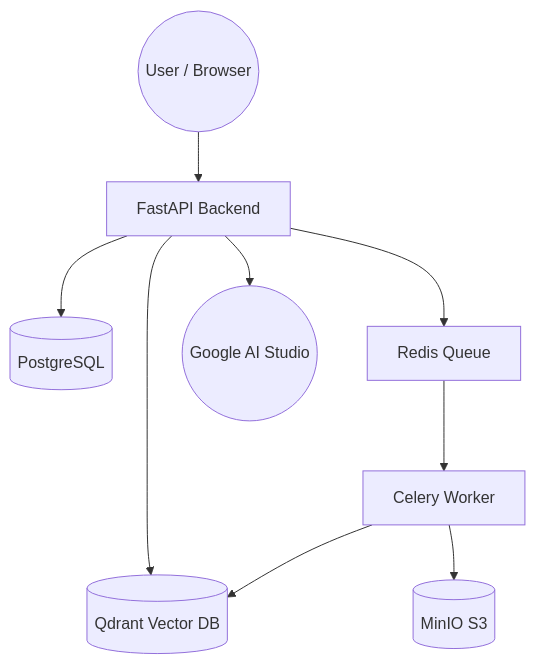
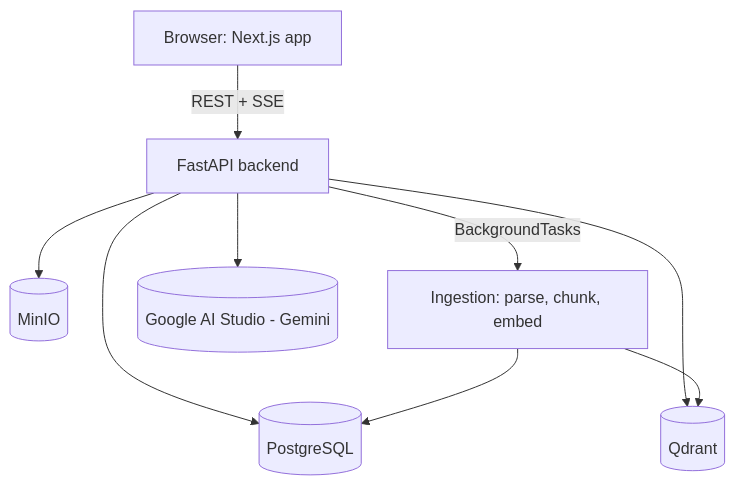
The diagram in README.md (marwantosolve/Handelny), drawn with Mermaid before and after one commit. The commit also changed other lines of this file and 2 other files, not shown here.

````diff
--- a/README.md
+++ b/README.md
@@ -44,14 +53,11 @@
 ```mermaid
 graph TD
-    User((User / Browser)) --> API[FastAPI Backend]
-    
-    API --> RDS[(PostgreSQL)]
-    API --> Qdrant[(Qdrant Vector DB)]
-    API --> CeleryQ[Redis Queue]
-    
-    CeleryQ --> Worker[Celery Worker]
-    Worker --> MinIO[(MinIO S3)]
-    Worker --> Qdrant
-    
-    API --> LLM((Google AI Studio))
+    Browser[Browser: Next.js app] -->|REST + SSE| API[FastAPI backend]
+    API --> PG[(PostgreSQL)]
+    API --> Qdrant[(Qdrant)]
+    API --> MinIO[(MinIO)]
+    API -->|BackgroundTasks| Ingest[Ingestion: parse, chunk, embed]
+    Ingest --> Qdrant
+    Ingest --> PG
+    API --> LLM[(Google AI Studio - Gemini)]
 ```
````
